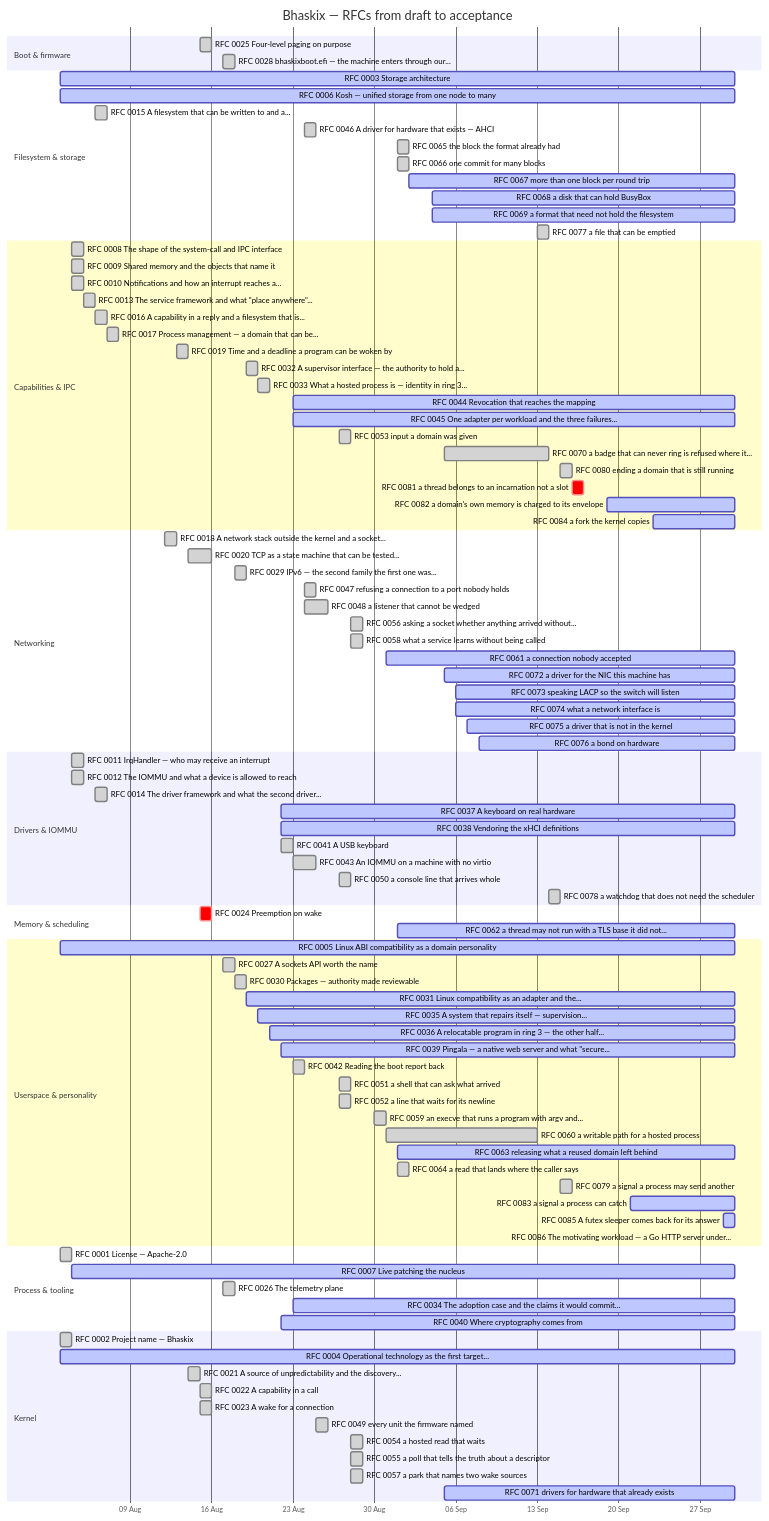
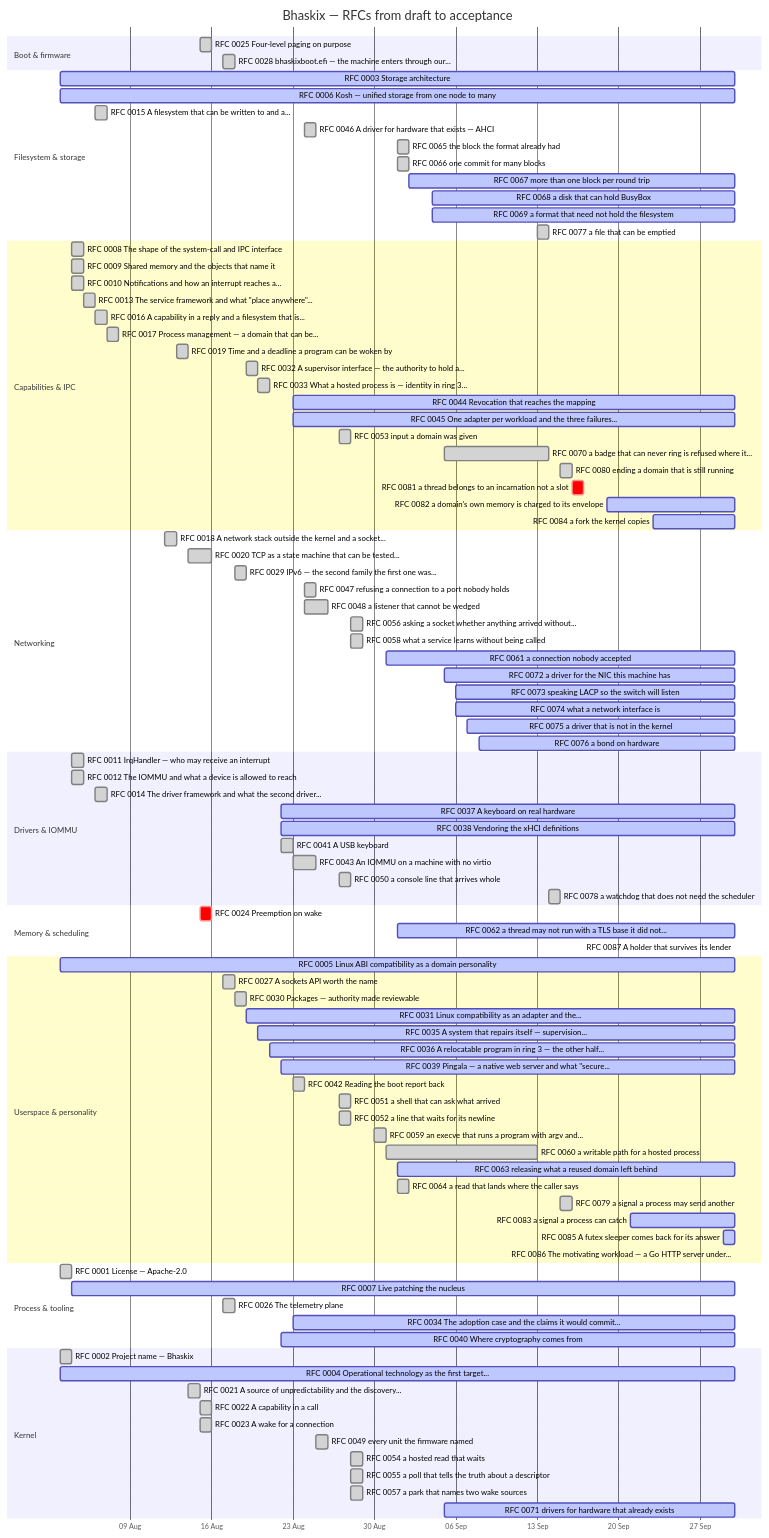
Before and after one commit to bhaskix/bhaskix: the diagram in docs/progress.md, drawn with Mermaid. The commit also changed other lines of this file and 8 other files, not shown here.

```diff
--- a/docs/progress.md
+++ b/docs/progress.md
@@ -86,6 +86,7 @@
     section Memory & scheduling
     RFC 0024 Preemption on wake :crit, r0024, 2026-08-15, 1d
     RFC 0062 a thread may not run with a TLS base it did not... :active, r0062, 2026-09-01, 2026-09-30
+    RFC 0087 A holder that survives its lender :active, r0087, 2026-09-30, 2026-09-30
     section Userspace & personality
     RFC 0005 Linux ABI compatibility as a domain personality :active, r0005, 2026-08-03, 2026-09-30
     RFC 0027 A sockets API worth the name :done, r0027, 2026-08-17, 1d
```
